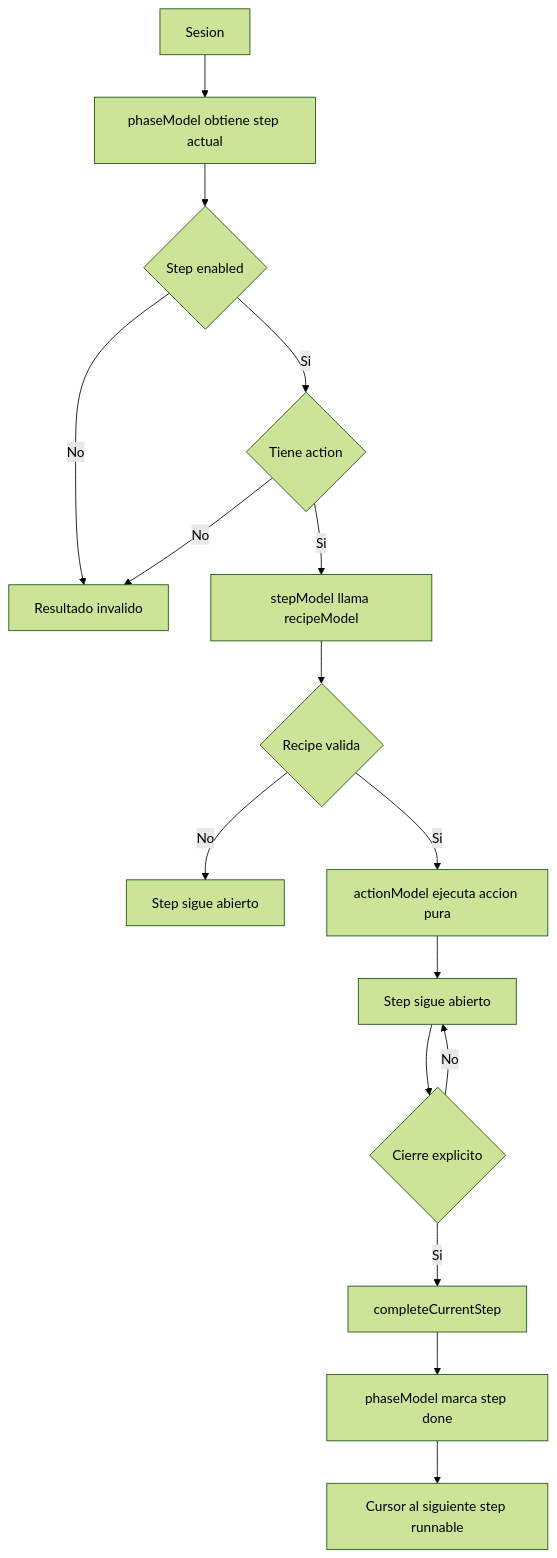
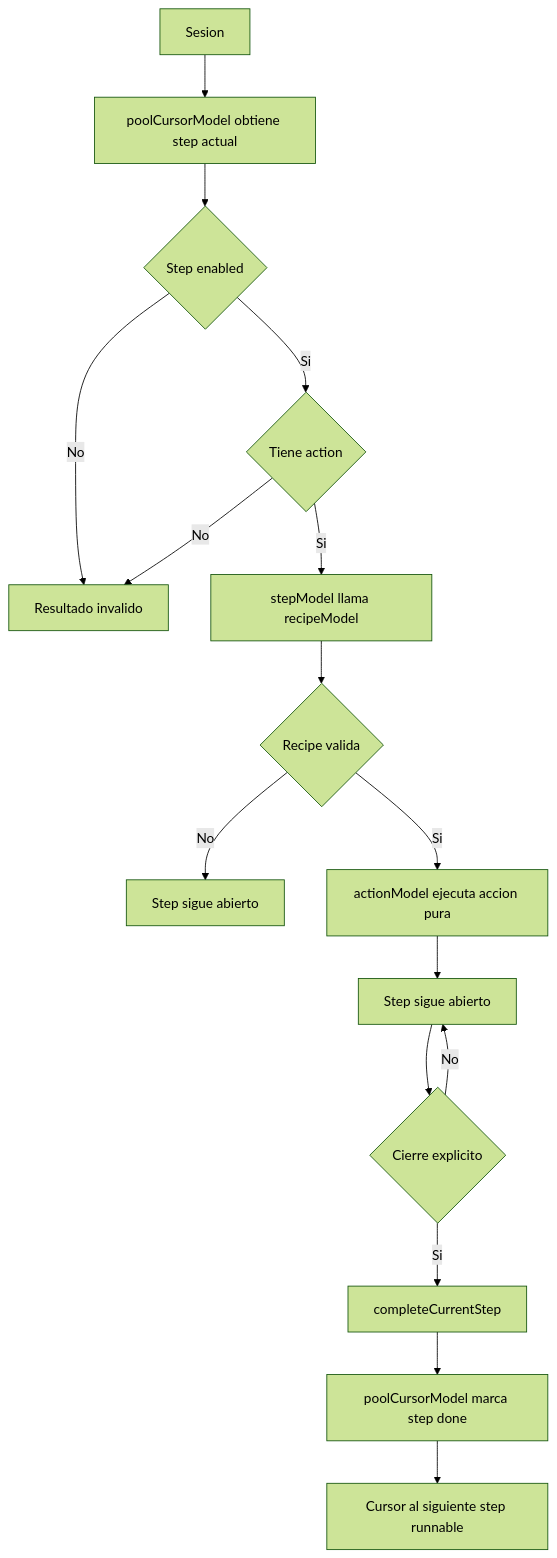
The third of 13 diagrams in docs/engine_flow_map.md (juanramonmorandeira/castronegro-director), drawn with Mermaid (forest theme) before and after one commit. The commit also changed other lines of this file and 43 other files, not shown here.

````diff
--- a/docs/engine_flow_map.md
+++ b/docs/engine_flow_map.md
@@ -89,18 +149,18 @@
 ```mermaid
 graph TD
-  A[Sesion] --> B[phaseModel obtiene step actual]
+  A[Sesion] --> B[poolCursorModel obtiene step actual]
   B --> C{Step enabled}
   C -->|No| D[Resultado invalido]
   C -->|Si| E{Tiene action}
   E -->|No| D
   E -->|Si| F[stepModel llama recipeModel]
   F --> G{Recipe valida}
   G -->|No| H[Step sigue abierto]
   G -->|Si| I[actionModel ejecuta accion pura]
   I --> J[Step sigue abierto]
   J --> K{Cierre explicito}
   K -->|No| J
   K -->|Si| L[completeCurrentStep]
-  L --> M[phaseModel marca step done]
+  L --> M[poolCursorModel marca step done]
   M --> N[Cursor al siguiente step runnable]
 ```
````
